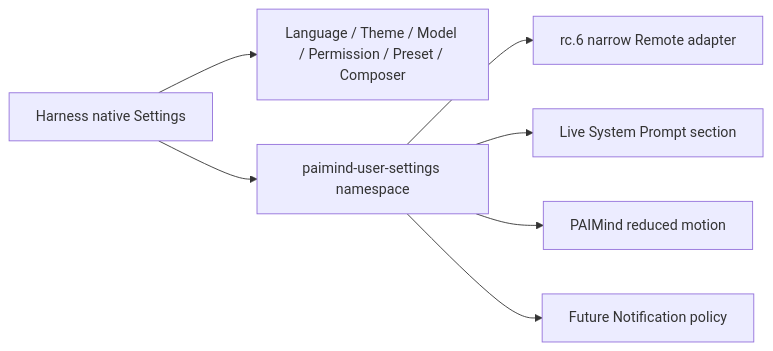
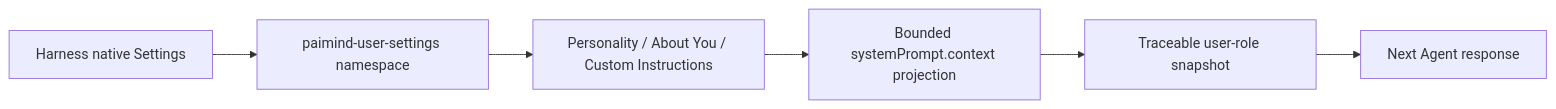
One commit to Hanyan179/paimind-harness-plugins changed the diagram in docs/checkpoints/FP14-user-settings.md. Above: the diagram before and after it, drawn with Mermaid. The commit also changed other lines of this file and 290 other files, not shown here.

Commit message:
feat: consolidate PAIMind Harness plugin suite

````diff
--- a/docs/checkpoints/FP14-user-settings.md
+++ b/docs/checkpoints/FP14-user-settings.md
@@ -9,9 +11,8 @@
 ```mermaid
 flowchart LR
-    N["Harness native Settings"] --> L["Language / Theme / Model / Permission / Preset / Composer"]
-    N --> P["paimind-user-settings namespace"]
-    P --> R["rc.6 narrow Remote adapter"]
-    P --> S["Live System Prompt section"]
-    P --> M["PAIMind reduced motion"]
-    P --> F["Future Notification policy"]
+    N["Harness native Settings"] --> P["paimind-user-settings namespace"]
+    P --> T["Personality / About You / Custom Instructions"]
+    T --> C["Bounded systemPrompt.context projection"]
+    C --> S["Traceable user-role snapshot"]
+    S --> A["Next Agent response"]
 ```
````
